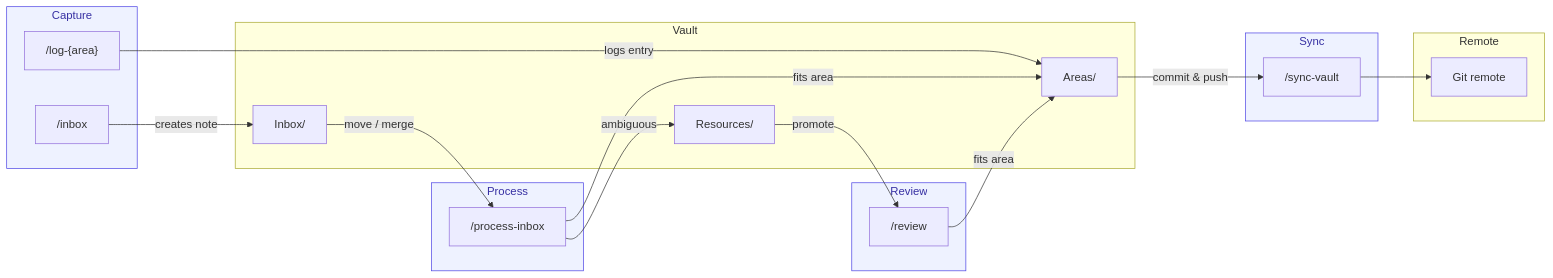
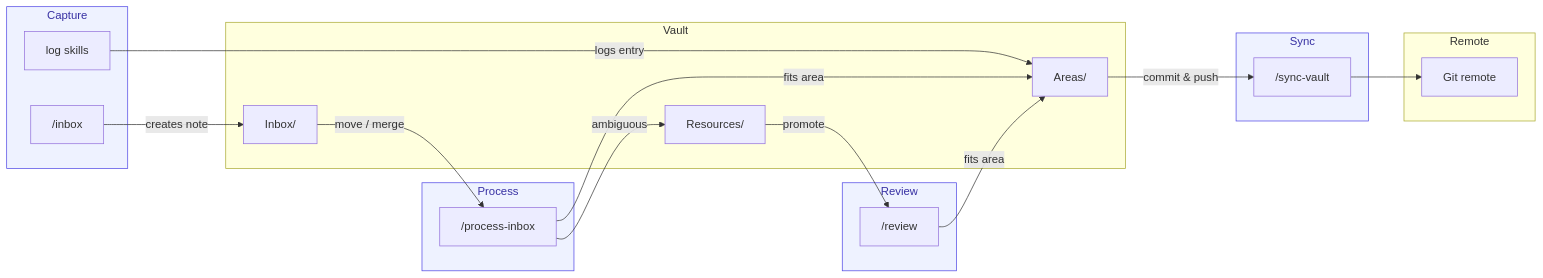
Before and after one commit to le4ker/blog: the second of 2 diagrams in _posts/2026-05-30-mneme.md, drawn with Mermaid. The commit also changed other lines of this file, not shown here.

````diff
--- a/_posts/2026-05-30-mneme.md
+++ b/_posts/2026-05-30-mneme.md
@@ -91,44 +92,44 @@
 ```mermaid!
 flowchart LR
     subgraph capture ["Capture"]
         inbox["/inbox"]
-        logarea["/log-{area}"]
+        logarea["log skills"]
     end
 
     subgraph process ["Process"]
         processinbox["/process-inbox"]
     end
 
     subgraph reviewsg ["Review"]
         reviewcmd["/review"]
     end
 
     subgraph sync ["Sync"]
         syncvault["/sync-vault"]
     end
 
     subgraph vault ["Vault"]
         Inbox["Inbox/"]
         Areas["Areas/"]
         Resources["Resources/"]
     end
 
     subgraph remote ["Remote"]
         Git["Git remote"]
     end
 
     style capture fill:#eef2ff,stroke:#4f46e5,color:#3730a3
     style process fill:#eef2ff,stroke:#4f46e5,color:#3730a3
     style reviewsg fill:#eef2ff,stroke:#4f46e5,color:#3730a3
     style sync fill:#eef2ff,stroke:#4f46e5,color:#3730a3
 
     inbox -->|"creates note"| Inbox
     logarea -->|"logs entry"| Areas
     Inbox -->|"move / merge"| processinbox
     processinbox -->|"fits area"| Areas
     processinbox -->|"ambiguous"| Resources
     Resources -->|"promote"| reviewcmd
     reviewcmd -->|"fits area"| Areas
     Areas -->|"commit & push"| syncvault
     syncvault --> Git
 ```
````
